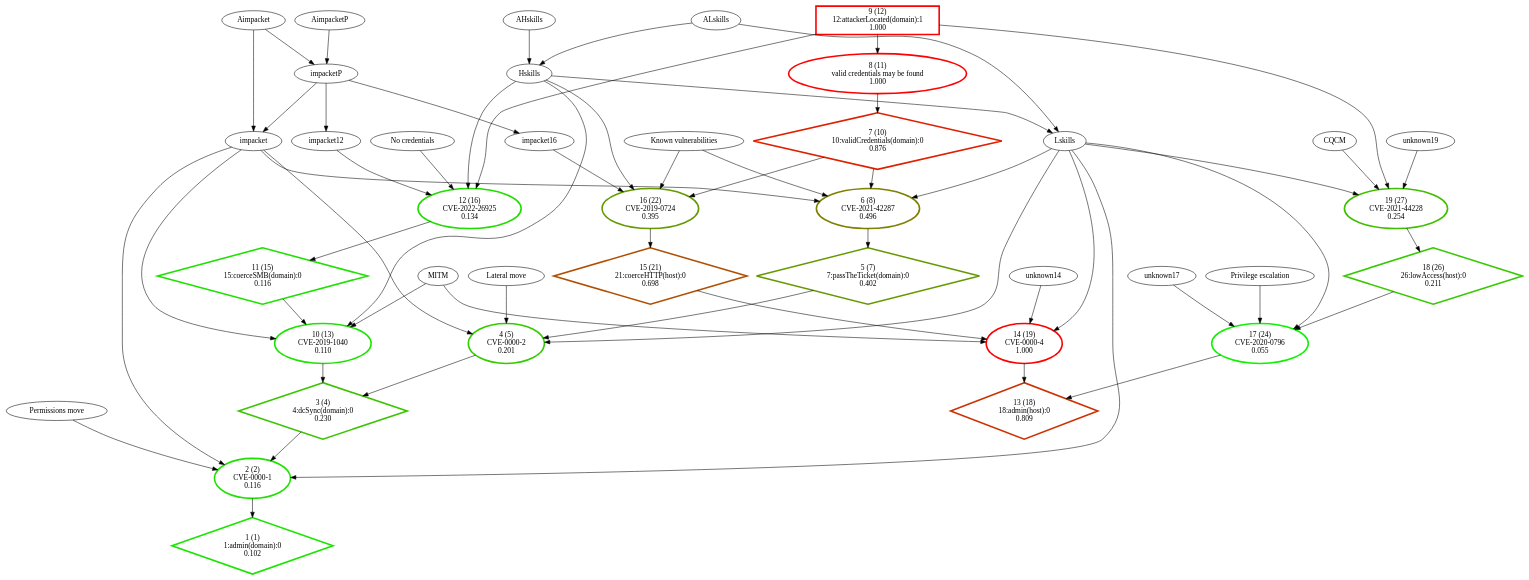
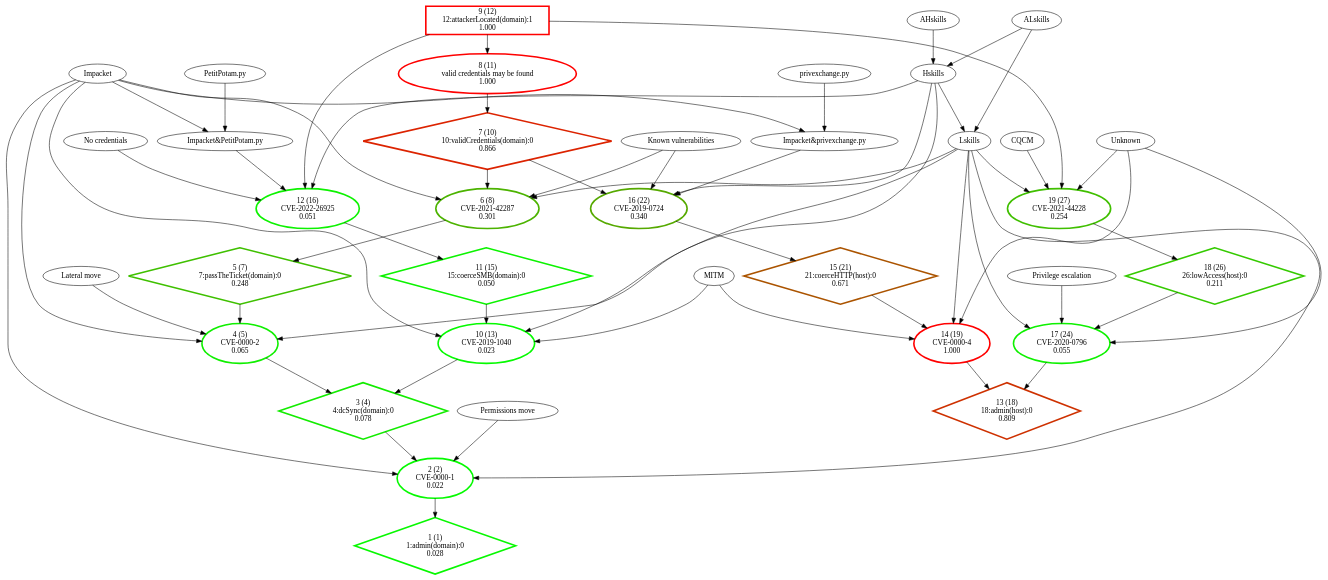
Before and after one commit to NathanaeldeLaChesnais/attacker_profiling_for_BAG_with_honeypots: the diagram in Personnal_simulations/output_selection/strongly_connected_components/ag-nocycles_colored.dot, drawn with Graphviz. The commit also changed 9 other files, not shown here.

```diff
--- a/Personnal_simulations/output_selection/strongly_connected_components/ag-nocycles_colored.dot
+++ b/Personnal_simulations/output_selection/strongly_connected_components/ag-nocycles_colored.dot
@@ -1,78 +1,76 @@
 digraph G {
-  1 [label="1 (1)\n1:admin(domain):0\n0.102", color="#1AE500", penwidth=3, shape="diamond"];
-  2 [label="2 (2)\nCVE-0000-1\n0.116", color="#1DE200", penwidth=3, shape="ellipse"];
-  3 [label="3 (4)\n4:dcSync(domain):0\n0.230", color="#3AC500", penwidth=3, shape="diamond"];
-  4 [label="4 (5)\nCVE-0000-2\n0.201", color="#33CC00", penwidth=3, shape="ellipse"];
-  5 [label="5 (7)\n7:passTheTicket(domain):0\n0.402", color="#669900", penwidth=3, shape="diamond"];
-  6 [label="6 (8)\nCVE-2021-42287\n0.496", color="#7E8100", penwidth=3, shape="ellipse"];
-  7 [label="7 (10)\n10:validCredentials(domain):0\n0.876", color="#DF2000", penwidth=3, shape="diamond"];
-  8 [label="8 (11)\nvalid credentials may be found\n1.000", color="#FF0000", penwidth=3, shape="ellipse"];
-  9 [label="9 (12)\n12:attackerLocated(domain):1\n1.000", color="#FE0100", penwidth=3, shape="box"];
-  10 [label="10 (13)\nCVE-2019-1040\n0.110", color="#1CE300", penwidth=3, shape="ellipse"];
-  11 [label="11 (15)\n15:coerceSMB(domain):0\n0.116", color="#1DE200", penwidth=3, shape="diamond"];
-  12 [label="12 (16)\nCVE-2022-26925\n0.134", color="#22DD00", penwidth=3, shape="ellipse"];
+  1 [label="1 (1)\n1:admin(domain):0\n0.028", color="#07F800", penwidth=3, shape="diamond"];
+  2 [label="2 (2)\nCVE-0000-1\n0.022", color="#05FA00", penwidth=3, shape="ellipse"];
+  3 [label="3 (4)\n4:dcSync(domain):0\n0.078", color="#13EC00", penwidth=3, shape="diamond"];
+  4 [label="4 (5)\nCVE-0000-2\n0.065", color="#10EF00", penwidth=3, shape="ellipse"];
+  5 [label="5 (7)\n7:passTheTicket(domain):0\n0.248", color="#3FC000", penwidth=3, shape="diamond"];
+  6 [label="6 (8)\nCVE-2021-42287\n0.301", color="#4CB300", penwidth=3, shape="ellipse"];
+  7 [label="7 (10)\n10:validCredentials(domain):0\n0.866", color="#DC2300", penwidth=3, shape="diamond"];
+  8 [label="8 (11)\nvalid credentials may be found\n1.000", color="#FE0100", penwidth=3, shape="ellipse"];
+  9 [label="9 (12)\n12:attackerLocated(domain):1\n1.000", color="#FF0000", penwidth=3, shape="box"];
+  10 [label="10 (13)\nCVE-2019-1040\n0.023", color="#05FA00", penwidth=3, shape="ellipse"];
+  11 [label="11 (15)\n15:coerceSMB(domain):0\n0.050", color="#0CF300", penwidth=3, shape="diamond"];
+  12 [label="12 (16)\nCVE-2022-26925\n0.051", color="#0DF200", penwidth=3, shape="ellipse"];
   13 [label="13 (18)\n18:admin(host):0\n0.809", color="#CE3100", penwidth=3, shape="diamond"];
   14 [label="14 (19)\nCVE-0000-4\n1.000", color="#FF0000", penwidth=3, shape="ellipse"];
-  15 [label="15 (21)\n21:coerceHTTP(host):0\n0.698", color="#B14E00", penwidth=3, shape="diamond"];
-  16 [label="16 (22)\nCVE-2019-0724\n0.395", color="#649B00", penwidth=3, shape="ellipse"];
+  15 [label="15 (21)\n21:coerceHTTP(host):0\n0.671", color="#AB5400", penwidth=3, shape="diamond"];
+  16 [label="16 (22)\nCVE-2019-0724\n0.340", color="#56A900", penwidth=3, shape="ellipse"];
   17 [label="17 (24)\nCVE-2020-0796\n0.055", color="#0EF100", penwidth=3, shape="ellipse"];
   18 [label="18 (26)\n26:lowAccess(host):0\n0.211", color="#35CA00", penwidth=3, shape="diamond"];
   19 [label="19 (27)\nCVE-2021-44228\n0.254", color="#40BF00", penwidth=3, shape="ellipse"];
   "9" -> "8";
   "9" -> "12";
   "9" -> "19";
   "8" -> "7";
   "7" -> "6";
   "7" -> "16";
   "6" -> "5";
   "5" -> "4";
   "4" -> "3";
   "3" -> "2";
   "12" -> "11";
   "11" -> "10";
   "10" -> "3";
   "2" -> "1";
   "16" -> "15";
   "15" -> "14";
   "14" -> "13";
   "19" -> "18";
   "18" -> "17";
   "17" -> "13";
   "ALskills" -> "Lskills";
   "ALskills" -> "Hskills";
   "Lskills" -> "2";
   "Lskills" -> "4";
   "Lskills" -> "6";
   "Lskills" -> "14";
   "Lskills" -> "17";
   "Lskills" -> "19";
   "Hskills" -> "Lskills";
   "Hskills" -> "10";
   "Hskills" -> "12";
   "Hskills" -> "16";
   "AHskills" -> "Hskills";
-  "Aimpacket" -> "impacketP";
-  "Aimpacket" -> "impacket";
-  "impacketP" -> "impacket";
-  "impacketP" -> "impacket12";
-  "impacketP" -> "impacket16";
-  "impacket" -> "2";
-  "impacket" -> "4";
-  "impacket" -> "6";
-  "impacket" -> "10";
-  "AimpacketP" -> "impacketP";
+  "Impacket" -> "2";
   "Permissions move" -> "2";
+  "Impacket" -> "4";
   "Lateral move" -> "4";
+  "Impacket" -> "6";
   "Known vulnerabilities" -> "6";
   "Known vulnerabilities" -> "16";
+  "Impacket" -> "10";
   "MITM" -> "10";
   "MITM" -> "14";
-  "impacket12" -> "12";
+  "Impacket&PetitPotam.py" -> "12";
+  "Impacket" -> "Impacket&PetitPotam.py";
+  "PetitPotam.py" -> "Impacket&PetitPotam.py";
   "No credentials" -> "12";
-  "unknown14" -> "14";
-  "impacket16" -> "16";
-  "unknown17" -> "17";
+  "Unknown" -> "14";
+  "Impacket&privexchange.py" -> "16";
+  "Impacket" -> "Impacket&privexchange.py";
+  "privexchange.py" -> "Impacket&privexchange.py";
+  "Unknown" -> "17";
   "Privilege escalation" -> "17";
-  "unknown19" -> "19";
+  "Unknown" -> "19";
   "CQCM" -> "19";
 }
```
